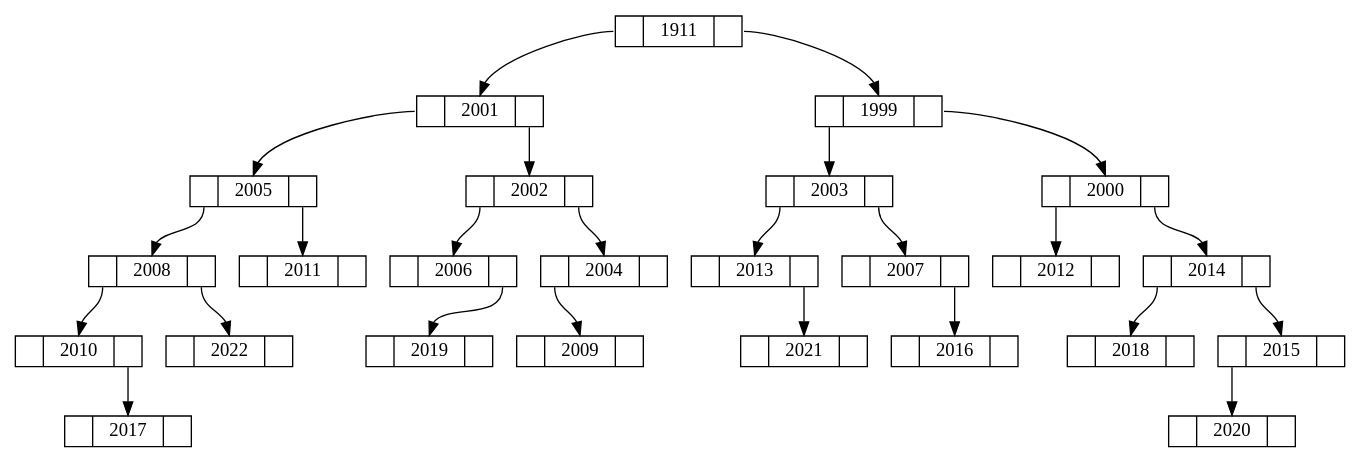
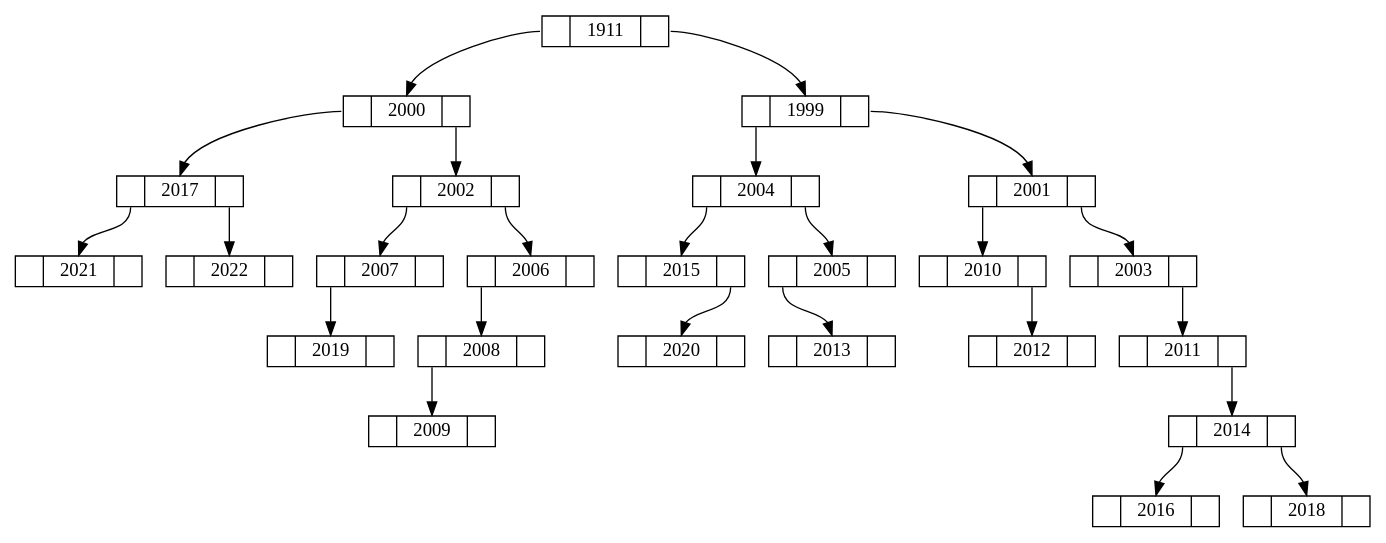
Before and after one commit to MasonSyj/CodeC: the diagram in ADTsSelfPractice/BST/Exercise/10.1/inthead.dot, drawn with Graphviz. The commit also changed 4 other files, not shown here.

```diff
--- a/ADTsSelfPractice/BST/Exercise/10.1/inthead.dot
+++ b/ADTsSelfPractice/BST/Exercise/10.1/inthead.dot
@@ -1,52 +1,52 @@
 digraph G {
    node [shape=record, height=0.1];
-   node0x104501f60 [label = "<l> | <m> 1911 | <r>"];
-   node0x104501e70 [label = "<l> | <m> 2001 | <r>"];
-   node0x104501f60:l -> node0x104501e70:m;
-   node0x104501db0 [label = "<l> | <m> 2005 | <r>"];
-   node0x104501e70:l -> node0x104501db0:m;
-   node0x104501d20 [label = "<l> | <m> 2008 | <r>"];
-   node0x104501db0:l -> node0x104501d20:m;
-   node0x104501cc0 [label = "<l> | <m> 2010 | <r>"];
-   node0x104501d20:l -> node0x104501cc0:m;
-   node0x104501b70 [label = "<l> | <m> 2017 | <r>"];
-   node0x104501cc0:r -> node0x104501b70:m;
-   node0x104501a80 [label = "<l> | <m> 2022 | <r>"];
-   node0x104501d20:r -> node0x104501a80:m;
-   node0x104501c90 [label = "<l> | <m> 2011 | <r>"];
-   node0x104501db0:r -> node0x104501c90:m;
-   node0x104501e40 [label = "<l> | <m> 2002 | <r>"];
-   node0x104501e70:r -> node0x104501e40:m;
-   node0x104501d80 [label = "<l> | <m> 2006 | <r>"];
-   node0x104501e40:l -> node0x104501d80:m;
-   node0x104501b10 [label = "<l> | <m> 2019 | <r>"];
-   node0x104501d80:r -> node0x104501b10:m;
-   node0x104501de0 [label = "<l> | <m> 2004 | <r>"];
-   node0x104501e40:r -> node0x104501de0:m;
-   node0x104501cf0 [label = "<l> | <m> 2009 | <r>"];
-   node0x104501de0:l -> node0x104501cf0:m;
-   node0x104501ed0 [label = "<l> | <m> 1999 | <r>"];
-   node0x104501f60:r -> node0x104501ed0:m;
-   node0x104501e10 [label = "<l> | <m> 2003 | <r>"];
-   node0x104501ed0:l -> node0x104501e10:m;
-   node0x104501c30 [label = "<l> | <m> 2013 | <r>"];
-   node0x104501e10:l -> node0x104501c30:m;
-   node0x104501ab0 [label = "<l> | <m> 2021 | <r>"];
-   node0x104501c30:r -> node0x104501ab0:m;
-   node0x104501d50 [label = "<l> | <m> 2007 | <r>"];
-   node0x104501e10:r -> node0x104501d50:m;
-   node0x104501ba0 [label = "<l> | <m> 2016 | <r>"];
-   node0x104501d50:r -> node0x104501ba0:m;
-   node0x104501ea0 [label = "<l> | <m> 2000 | <r>"];
-   node0x104501ed0:r -> node0x104501ea0:m;
-   node0x104501c60 [label = "<l> | <m> 2012 | <r>"];
-   node0x104501ea0:l -> node0x104501c60:m;
-   node0x104501c00 [label = "<l> | <m> 2014 | <r>"];
-   node0x104501ea0:r -> node0x104501c00:m;
-   node0x104501b40 [label = "<l> | <m> 2018 | <r>"];
-   node0x104501c00:l -> node0x104501b40:m;
-   node0x104501bd0 [label = "<l> | <m> 2015 | <r>"];
-   node0x104501c00:r -> node0x104501bd0:m;
-   node0x104501ae0 [label = "<l> | <m> 2020 | <r>"];
-   node0x104501bd0:l -> node0x104501ae0:m;
+   node0x106301f60 [label = "<l> | <m> 1911 | <r>"];
+   node0x106301ea0 [label = "<l> | <m> 2000 | <r>"];
+   node0x106301f60:l -> node0x106301ea0:m;
+   node0x106301b70 [label = "<l> | <m> 2017 | <r>"];
+   node0x106301ea0:l -> node0x106301b70:m;
+   node0x106301ab0 [label = "<l> | <m> 2021 | <r>"];
+   node0x106301b70:l -> node0x106301ab0:m;
+   node0x106301a80 [label = "<l> | <m> 2022 | <r>"];
+   node0x106301b70:r -> node0x106301a80:m;
+   node0x106301e40 [label = "<l> | <m> 2002 | <r>"];
+   node0x106301ea0:r -> node0x106301e40:m;
+   node0x106301d50 [label = "<l> | <m> 2007 | <r>"];
+   node0x106301e40:l -> node0x106301d50:m;
+   node0x106301b10 [label = "<l> | <m> 2019 | <r>"];
+   node0x106301d50:l -> node0x106301b10:m;
+   node0x106301d80 [label = "<l> | <m> 2006 | <r>"];
+   node0x106301e40:r -> node0x106301d80:m;
+   node0x106301d20 [label = "<l> | <m> 2008 | <r>"];
+   node0x106301d80:l -> node0x106301d20:m;
+   node0x106301cf0 [label = "<l> | <m> 2009 | <r>"];
+   node0x106301d20:l -> node0x106301cf0:m;
+   node0x106301ed0 [label = "<l> | <m> 1999 | <r>"];
+   node0x106301f60:r -> node0x106301ed0:m;
+   node0x106301de0 [label = "<l> | <m> 2004 | <r>"];
+   node0x106301ed0:l -> node0x106301de0:m;
+   node0x106301bd0 [label = "<l> | <m> 2015 | <r>"];
+   node0x106301de0:l -> node0x106301bd0:m;
+   node0x106301ae0 [label = "<l> | <m> 2020 | <r>"];
+   node0x106301bd0:r -> node0x106301ae0:m;
+   node0x106301db0 [label = "<l> | <m> 2005 | <r>"];
+   node0x106301de0:r -> node0x106301db0:m;
+   node0x106301c30 [label = "<l> | <m> 2013 | <r>"];
+   node0x106301db0:l -> node0x106301c30:m;
+   node0x106301e70 [label = "<l> | <m> 2001 | <r>"];
+   node0x106301ed0:r -> node0x106301e70:m;
+   node0x106301cc0 [label = "<l> | <m> 2010 | <r>"];
+   node0x106301e70:l -> node0x106301cc0:m;
+   node0x106301c60 [label = "<l> | <m> 2012 | <r>"];
+   node0x106301cc0:r -> node0x106301c60:m;
+   node0x106301e10 [label = "<l> | <m> 2003 | <r>"];
+   node0x106301e70:r -> node0x106301e10:m;
+   node0x106301c90 [label = "<l> | <m> 2011 | <r>"];
+   node0x106301e10:r -> node0x106301c90:m;
+   node0x106301c00 [label = "<l> | <m> 2014 | <r>"];
+   node0x106301c90:r -> node0x106301c00:m;
+   node0x106301ba0 [label = "<l> | <m> 2016 | <r>"];
+   node0x106301c00:l -> node0x106301ba0:m;
+   node0x106301b40 [label = "<l> | <m> 2018 | <r>"];
+   node0x106301c00:r -> node0x106301b40:m;
 }
```
